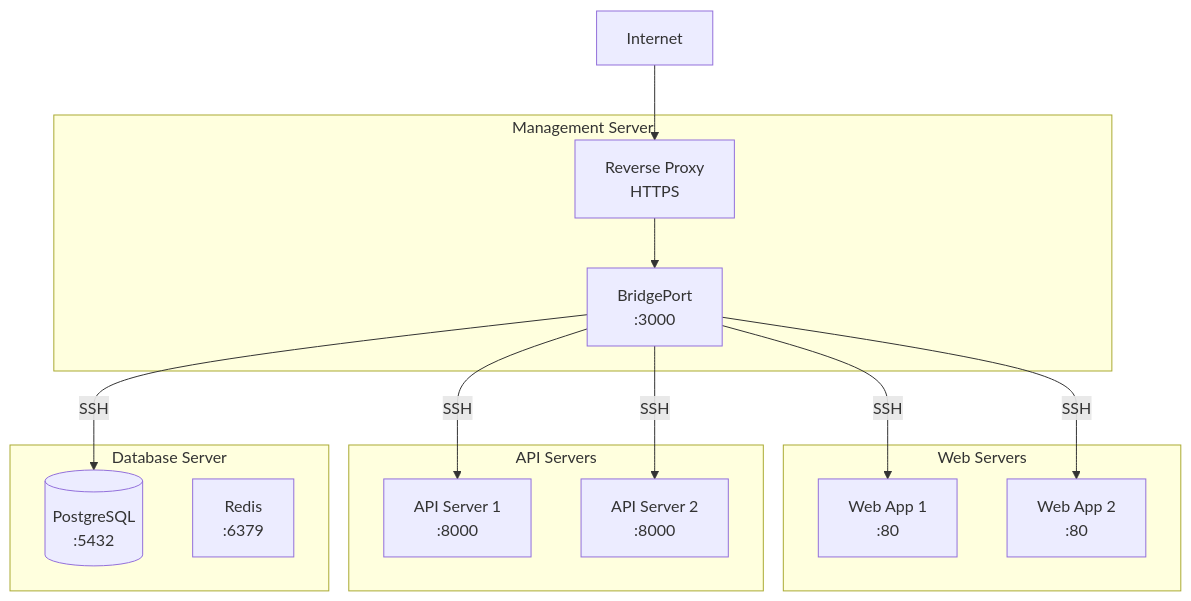
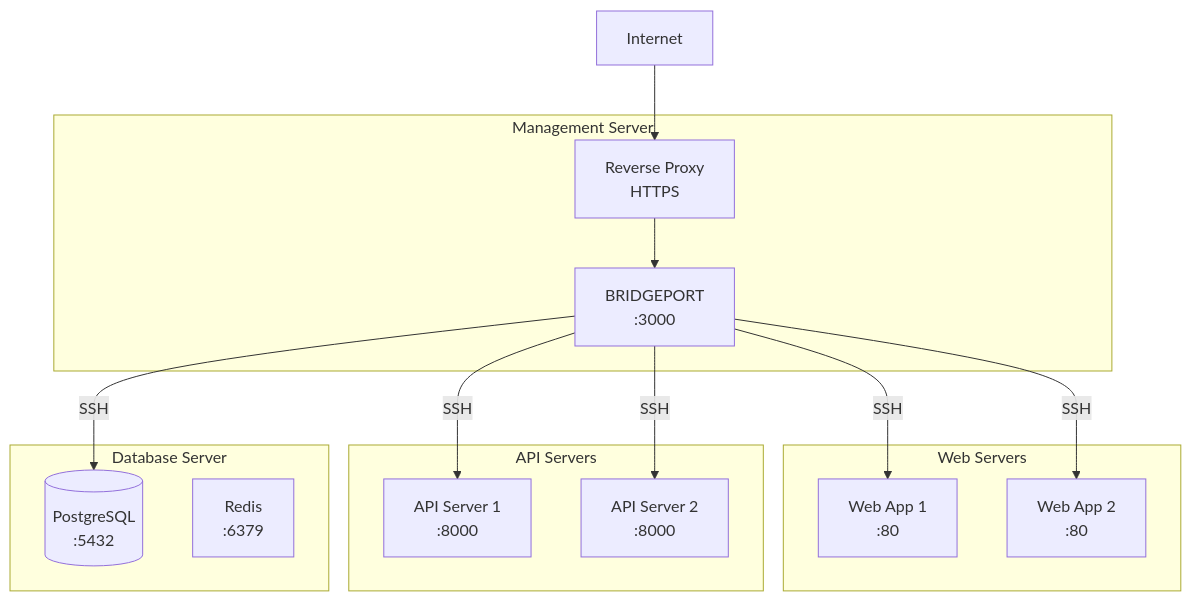
One commit to bridgeinpt/bridgeport changed the second of 4 diagrams in docs/operations/patterns.md. Above: the diagram before and after it, drawn with Mermaid. The commit also changed other lines of this file and 94 other files, not shown here.

````diff
--- a/docs/operations/patterns.md
+++ b/docs/operations/patterns.md
@@ -87,29 +87,29 @@
 ```mermaid
 graph TB
     subgraph Management ["Management Server"]
-        BP[BridgePort<br/>:3000]
+        BP[BRIDGEPORT<br/>:3000]
         RP[Reverse Proxy<br/>HTTPS]
     end
 
     subgraph Web ["Web Servers"]
         WEB1[Web App 1<br/>:80]
         WEB2[Web App 2<br/>:80]
     end
 
     subgraph API ["API Servers"]
         API1[API Server 1<br/>:8000]
         API2[API Server 2<br/>:8000]
     end
 
     subgraph Data ["Database Server"]
         PG[(PostgreSQL<br/>:5432)]
         REDIS[Redis<br/>:6379]
     end
 
     Internet --> RP --> BP
     BP -->|SSH| WEB1
     BP -->|SSH| WEB2
     BP -->|SSH| API1
     BP -->|SSH| API2
     BP -->|SSH| PG
 ```
````
